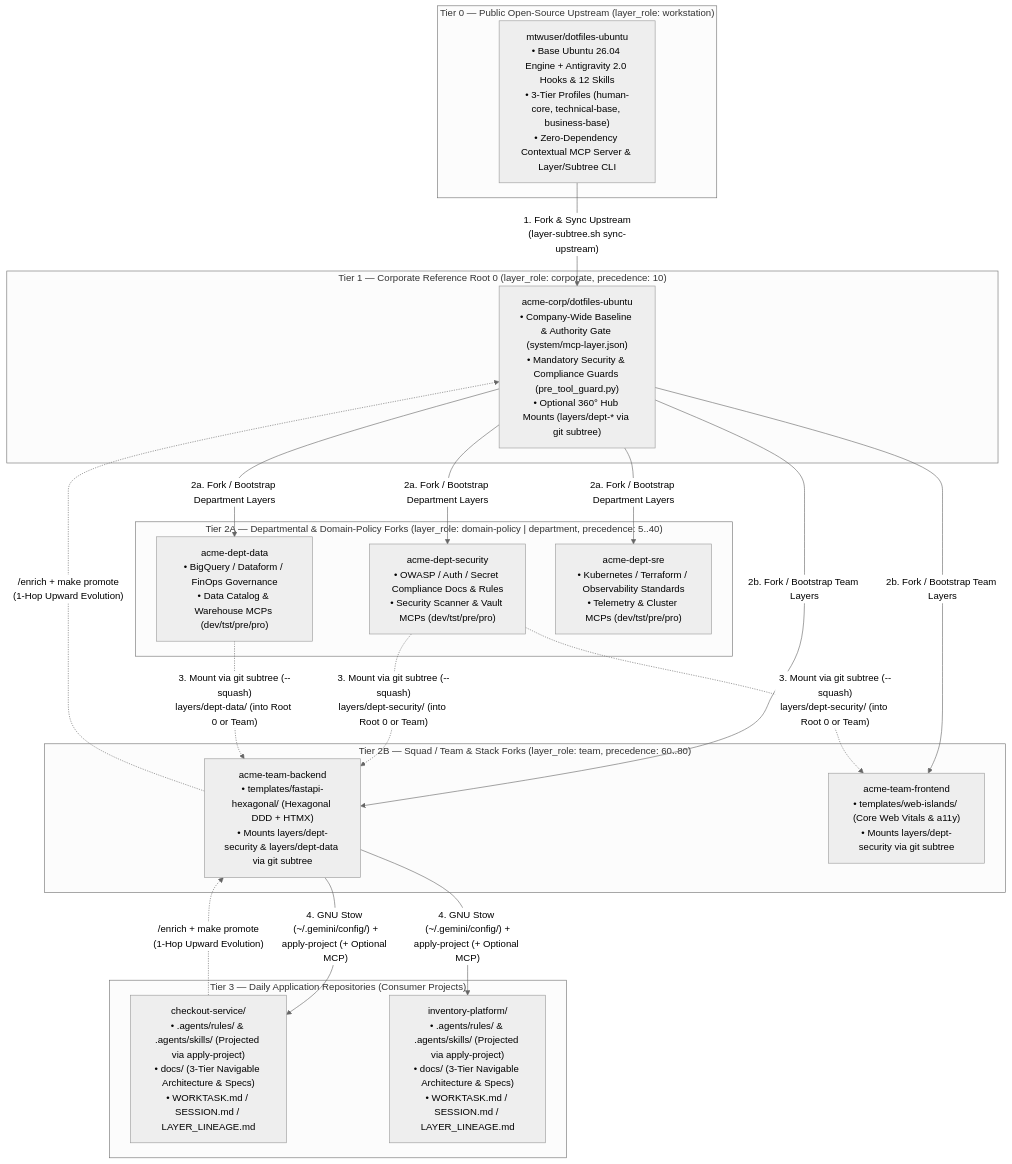
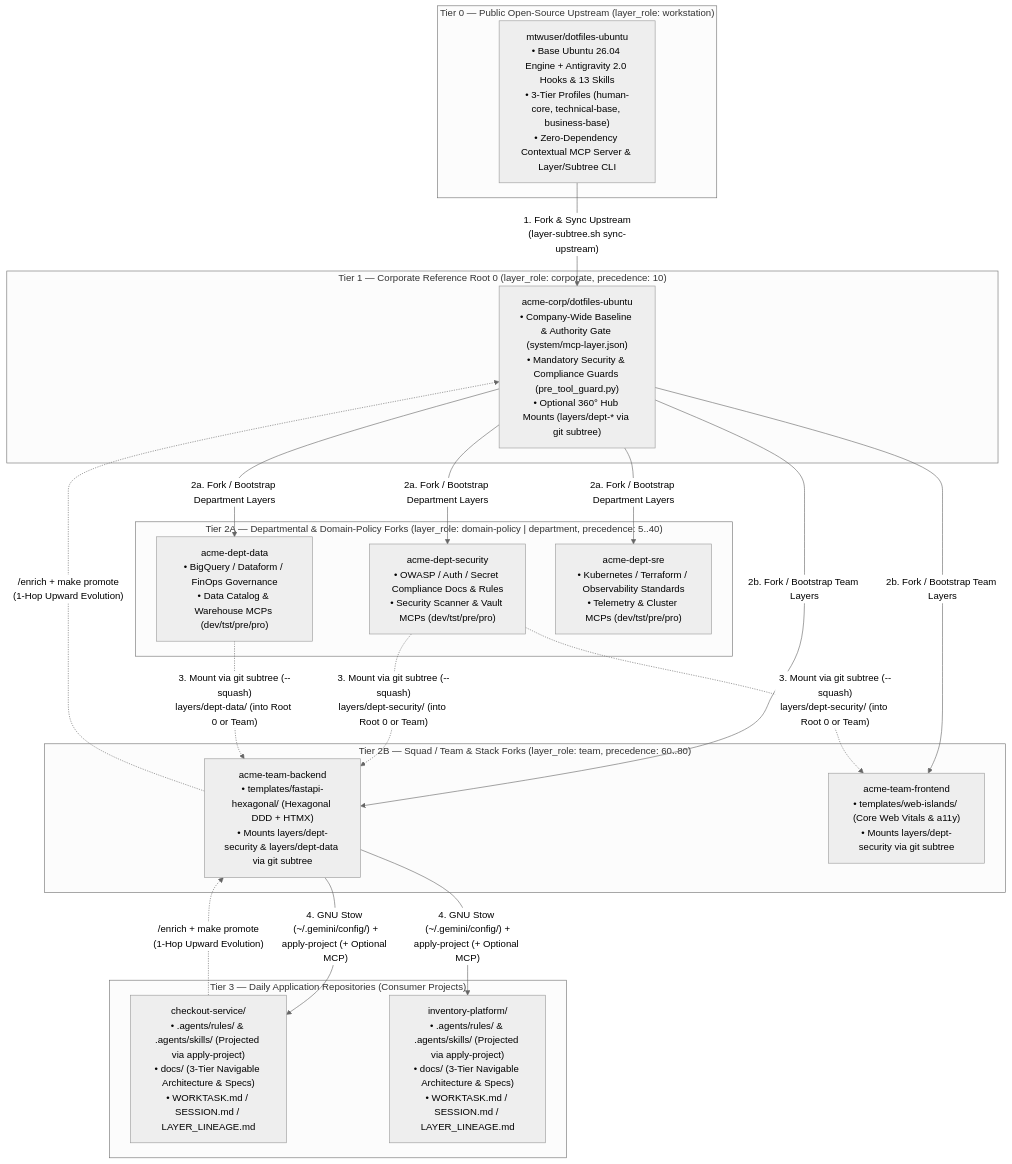
Before and after one commit to mtwuser/dotfiles-ubuntu: the diagram in docs/reference/enterprise_pair_programming_governance.md, drawn with Mermaid (neutral theme). The commit also changed 6 other files, not shown here.

````diff
--- a/docs/reference/enterprise_pair_programming_governance.md
+++ b/docs/reference/enterprise_pair_programming_governance.md
@@ -27,43 +27,43 @@
 ```mermaid
 flowchart TD
     subgraph OSS["Tier 0 — Public Open-Source Upstream (layer_role: workstation)"]
-        PUB["mtwuser/dotfiles-ubuntu\n• Base Ubuntu 26.04 Engine + Antigravity 2.0 Hooks & 12 Skills\n• 3-Tier Profiles (human-core, technical-base, business-base)\n• Zero-Dependency Contextual MCP Server & Layer/Subtree CLI"]
+        PUB["mtwuser/dotfiles-ubuntu\n• Base Ubuntu 26.04 Engine + Antigravity 2.0 Hooks & 13 Skills\n• 3-Tier Profiles (human-core, technical-base, business-base)\n• Zero-Dependency Contextual MCP Server & Layer/Subtree CLI"]
     end
 
     subgraph Org["Tier 1 — Corporate Reference Root 0 (layer_role: corporate, precedence: 10)"]
         CORP["acme-corp/dotfiles-ubuntu\n• Company-Wide Baseline & Authority Gate (system/mcp-layer.json)\n• Mandatory Security & Compliance Guards (pre_tool_guard.py)\n• Optional 360° Hub Mounts (layers/dept-* via git subtree)"]
     end
 
     subgraph Depts["Tier 2A — Departmental & Domain-Policy Forks (layer_role: domain-policy | department, precedence: 5..40)"]
         DEPT_SEC["acme-dept-security\n• OWASP / Auth / Secret Compliance Docs & Rules\n• Security Scanner & Vault MCPs (dev/tst/pre/pro)"]
         DEPT_DATA["acme-dept-data\n• BigQuery / Dataform / FinOps Governance\n• Data Catalog & Warehouse MCPs (dev/tst/pre/pro)"]
         DEPT_SRE["acme-dept-sre\n• Kubernetes / Terraform / Observability Standards\n• Telemetry & Cluster MCPs (dev/tst/pre/pro)"]
     end
 
     subgraph Teams["Tier 2B — Squad / Team & Stack Forks (layer_role: team, precedence: 60..80)"]
         TEAM_BE["acme-team-backend\n• templates/fastapi-hexagonal/ (Hexagonal DDD + HTMX)\n• Mounts layers/dept-security & layers/dept-data via git subtree"]
         TEAM_FE["acme-team-frontend\n• templates/web-islands/ (Core Web Vitals & a11y)\n• Mounts layers/dept-security via git subtree"]
     end
 
     subgraph Apps["Tier 3 — Daily Application Repositories (Consumer Projects)"]
         PROJ_A["checkout-service/\n• .agents/rules/ & .agents/skills/ (Projected via apply-project)\n• docs/ (3-Tier Navigable Architecture & Specs)\n• WORKTASK.md / SESSION.md / LAYER_LINEAGE.md"]
         PROJ_B["inventory-platform/\n• .agents/rules/ & .agents/skills/ (Projected via apply-project)\n• docs/ (3-Tier Navigable Architecture & Specs)\n• WORKTASK.md / SESSION.md / LAYER_LINEAGE.md"]
     end
 
     PUB -->|"1. Fork & Sync Upstream\n(layer-subtree.sh sync-upstream)"| CORP
     CORP -->|"2a. Fork / Bootstrap Department Layers"| DEPT_SEC
     CORP -->|"2a. Fork / Bootstrap Department Layers"| DEPT_DATA
     CORP -->|"2a. Fork / Bootstrap Department Layers"| DEPT_SRE
     CORP -->|"2b. Fork / Bootstrap Team Layers"| TEAM_BE
     CORP -->|"2b. Fork / Bootstrap Team Layers"| TEAM_FE
 
     DEPT_SEC -.->|"3. Mount via git subtree (--squash)\nlayers/dept-security/ (into Root 0 or Team)"| TEAM_BE
     DEPT_DATA -.->|"3. Mount via git subtree (--squash)\nlayers/dept-data/ (into Root 0 or Team)"| TEAM_BE
     DEPT_SEC -.->|"3. Mount via git subtree (--squash)\nlayers/dept-security/ (into Root 0 or Team)"| TEAM_FE
 
     TEAM_BE -->|"4. GNU Stow (~/.gemini/config/) +\napply-project (+ Optional MCP)"| PROJ_A
     TEAM_BE -->|"4. GNU Stow (~/.gemini/config/) +\napply-project (+ Optional MCP)"| PROJ_B
 
     PROJ_A -.->|"/enrich + make promote\n(1-Hop Upward Evolution)"| TEAM_BE
     TEAM_BE -.->|"/enrich + make promote\n(1-Hop Upward Evolution)"| CORP
 ```
````
